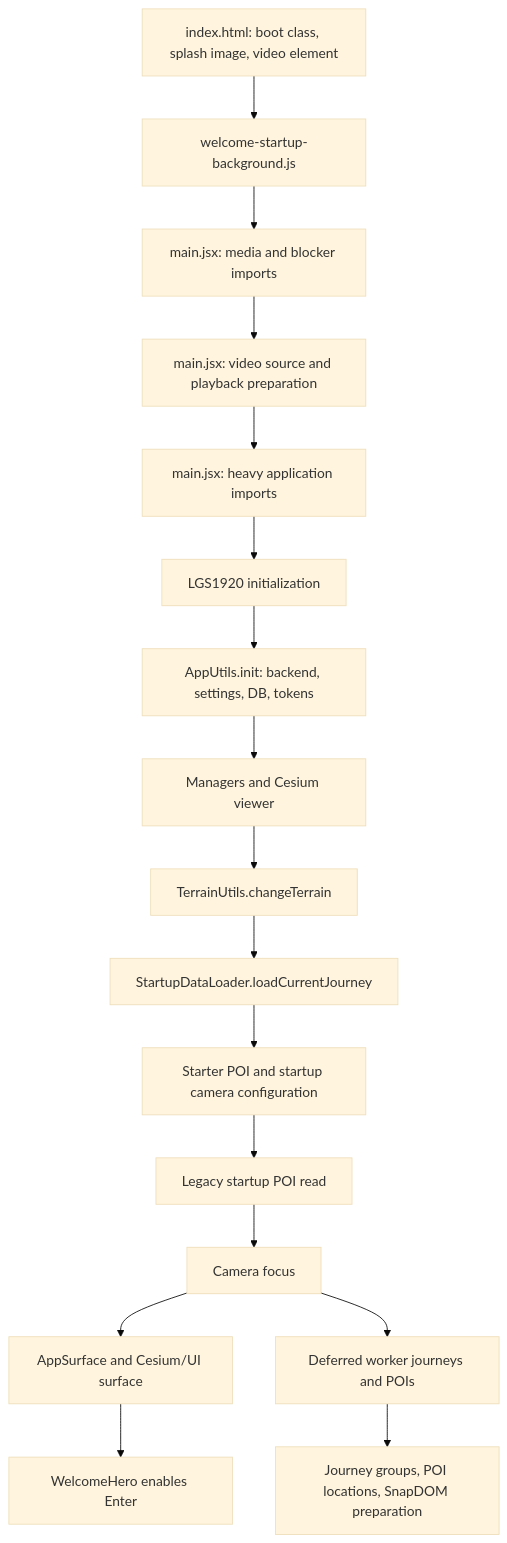
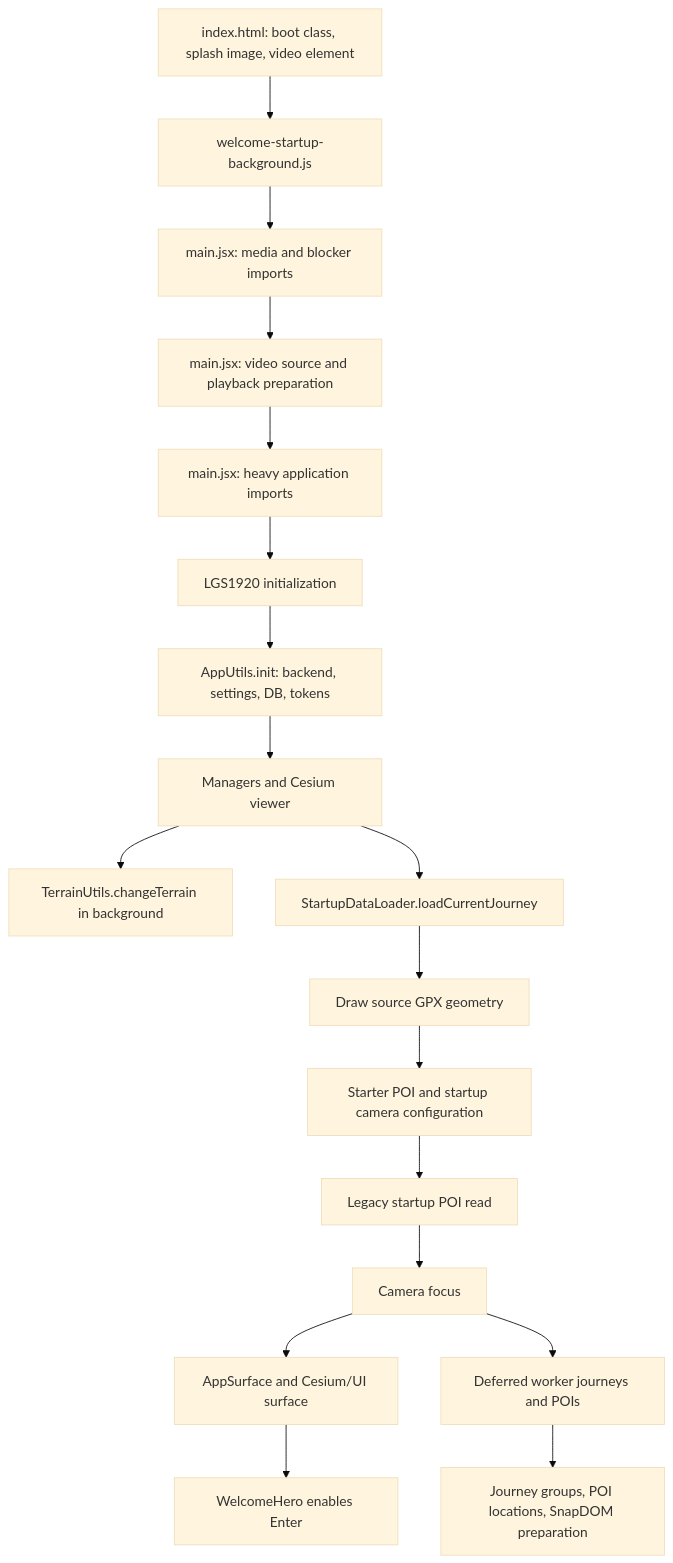
Before and after one commit to lgs1920/studio: the diagram in tech-doc/todo/CORE-STARTUP-INTRO-TO-TRACK-DISPLAY-AUDIT.md, drawn with Mermaid (base theme). The commit also changed other lines of this file and 62 other files, not shown here.

````diff
--- a/tech-doc/todo/CORE-STARTUP-INTRO-TO-TRACK-DISPLAY-AUDIT.md
+++ b/tech-doc/todo/CORE-STARTUP-INTRO-TO-TRACK-DISPLAY-AUDIT.md
@@ -54,24 +54,26 @@
 ```mermaid
 flowchart TD
     A[index.html: boot class, splash image, video element]
     B[welcome-startup-background.js]
     C[main.jsx: media and blocker imports]
     D[main.jsx: video source and playback preparation]
     E[main.jsx: heavy application imports]
     F[LGS1920 initialization]
     G[AppUtils.init: backend, settings, DB, tokens]
     H[Managers and Cesium viewer]
-    I[TerrainUtils.changeTerrain]
+    I[TerrainUtils.changeTerrain in background]
     J[StartupDataLoader.loadCurrentJourney]
+    J1[Draw source GPX geometry]
     K[Starter POI and startup camera configuration]
     L[Legacy startup POI read]
     M[Camera focus]
     N[AppSurface and Cesium/UI surface]
     O[WelcomeHero enables Enter]
     P[Deferred worker journeys and POIs]
     Q[Journey groups, POI locations, SnapDOM preparation]
 
     A --> B --> C --> D --> E --> F
-    F --> G --> H --> I --> J --> K --> L --> M --> N --> O
+    F --> G --> H --> I
+    H --> J --> J1 --> K --> L --> M --> N --> O
     M --> P --> Q
 ```
````
